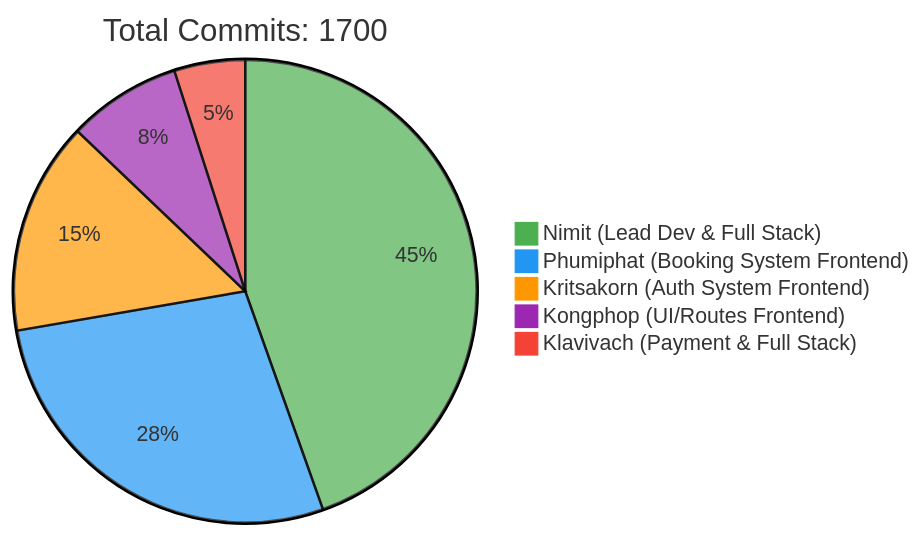
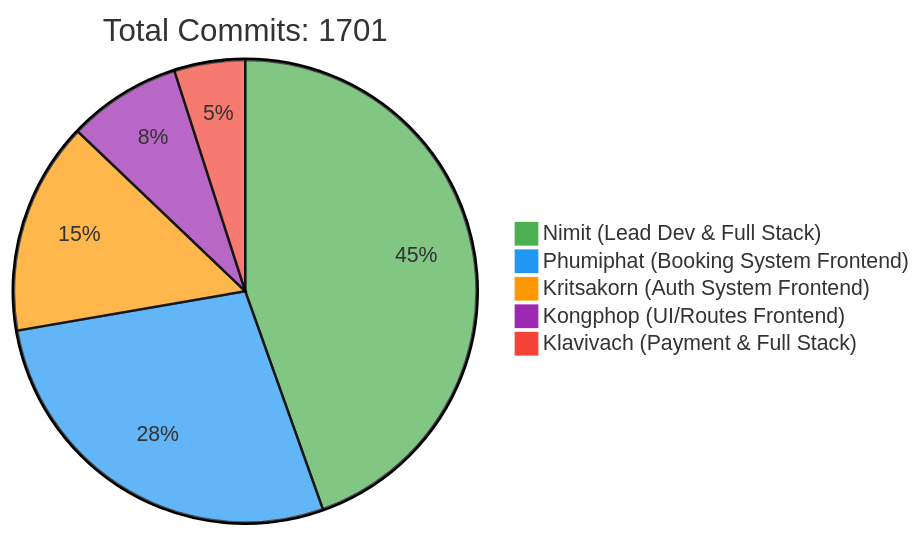
Before and after one commit to 6531503042/Sport-Complex: the first of 2 diagrams in README.md, drawn with Mermaid. The commit also changed other lines of this file, not shown here.

Commit message:
docs: Update contributor statistics [skip ci]

````diff
--- a/README.md
+++ b/README.md
@@ -257,10 +257,10 @@
 ```mermaid
 %%{init: {'theme': 'base', 'themeVariables': { 'pie1': '#4CAF50', 'pie2': '#2196F3', 'pie3': '#FF9800', 'pie4': '#9C27B0', 'pie5': '#F44336'}}}%%
 pie
-    title Total Commits: 1700
+    title Total Commits: 1701
     "Nimit (Lead Dev & Full Stack)" : 450
     "Phumiphat (Booking System Frontend)" : 280
     "Kritsakorn (Auth System Frontend)" : 150
     "Kongphop (UI/Routes Frontend)" : 80
     "Klavivach (Payment & Full Stack)" : 50
 ```
````
